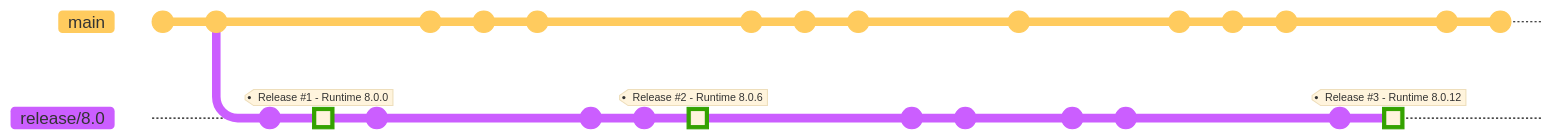
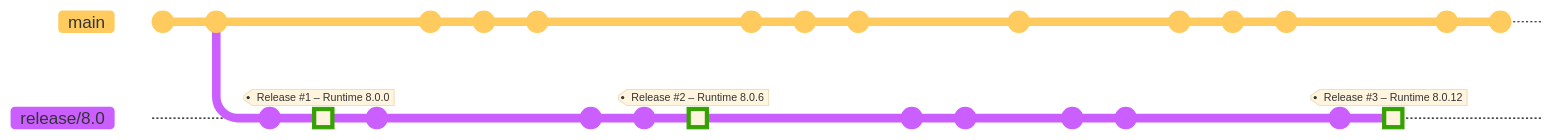
One commit to dotnet/arcade changed the second of 8 diagrams in Documentation/UnifiedBuild/VMR-Managing-SDK-Bands.md. Above: the diagram before and after it, drawn with Mermaid. The commit also changed other lines of this file, not shown here. Commit ids are hidden.

````diff
--- a/Documentation/UnifiedBuild/VMR-Managing-SDK-Bands.md
+++ b/Documentation/UnifiedBuild/VMR-Managing-SDK-Bands.md
@@ -83,41 +83,41 @@
 ```mermaid
 %%{init: { 'logLevel': 'debug', 'theme': 'base', 'gitGraph': {'showCommitLabel': false, 'tagLabelFontSize': '24px'}} }%%
 gitGraph
-   commit
-   commit
-   branch release/8.0
-   checkout release/8.0
-   commit
-   commit type: HIGHLIGHT tag: "Release #1 - Runtime 8.0.0"
-   commit
-   checkout main
-   commit
-   commit
-   commit
-   checkout release/8.0
-   commit
-   commit
-   commit type: HIGHLIGHT tag: "Release #2 - Runtime 8.0.6"
-   checkout main
-   commit
-   commit
-   commit
-   checkout release/8.0
-   commit
-   commit
-   checkout main
-   commit
-   checkout release/8.0
-   commit
-   commit
-   checkout main
-   commit
-   commit
-   commit
-   checkout release/8.0
-   commit
-   commit type: HIGHLIGHT tag: "Release #3 - Runtime 8.0.12"
-   checkout main
-   commit
-   commit
+    commit
+    commit
+    branch release/8.0
+    checkout release/8.0
+    commit
+    commit type: HIGHLIGHT tag: "Release #1 – Runtime 8.0.0"
+    commit
+    checkout main
+    commit
+    commit
+    commit
+    checkout release/8.0
+    commit
+    commit
+    commit type: HIGHLIGHT tag: "Release #2 – Runtime 8.0.6"
+    checkout main
+    commit
+    commit
+    commit
+    checkout release/8.0
+    commit
+    commit
+    checkout main
+    commit
+    checkout release/8.0
+    commit
+    commit
+    checkout main
+    commit
+    commit
+    commit
+    checkout release/8.0
+    commit
+    commit type: HIGHLIGHT tag: "Release #3 – Runtime 8.0.12"
+    checkout main
+    commit
+    commit
 ```
````
